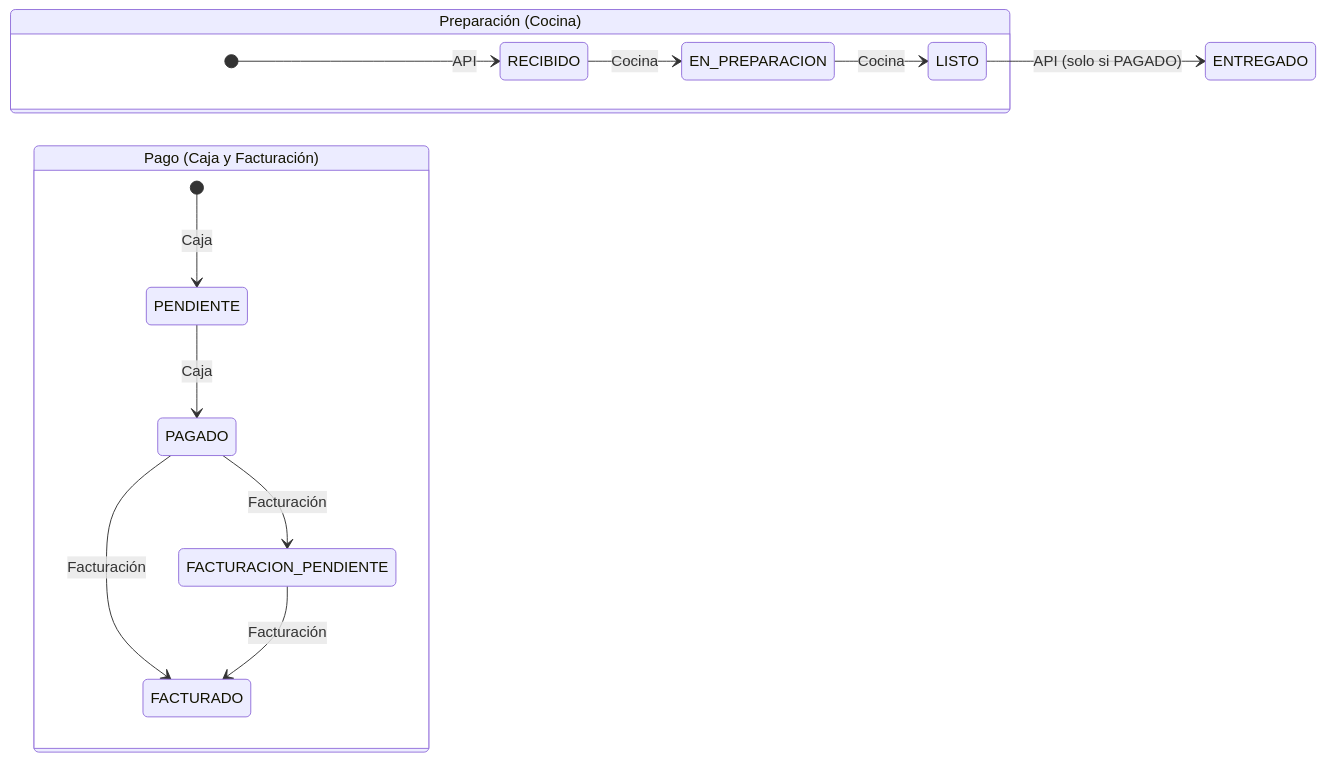
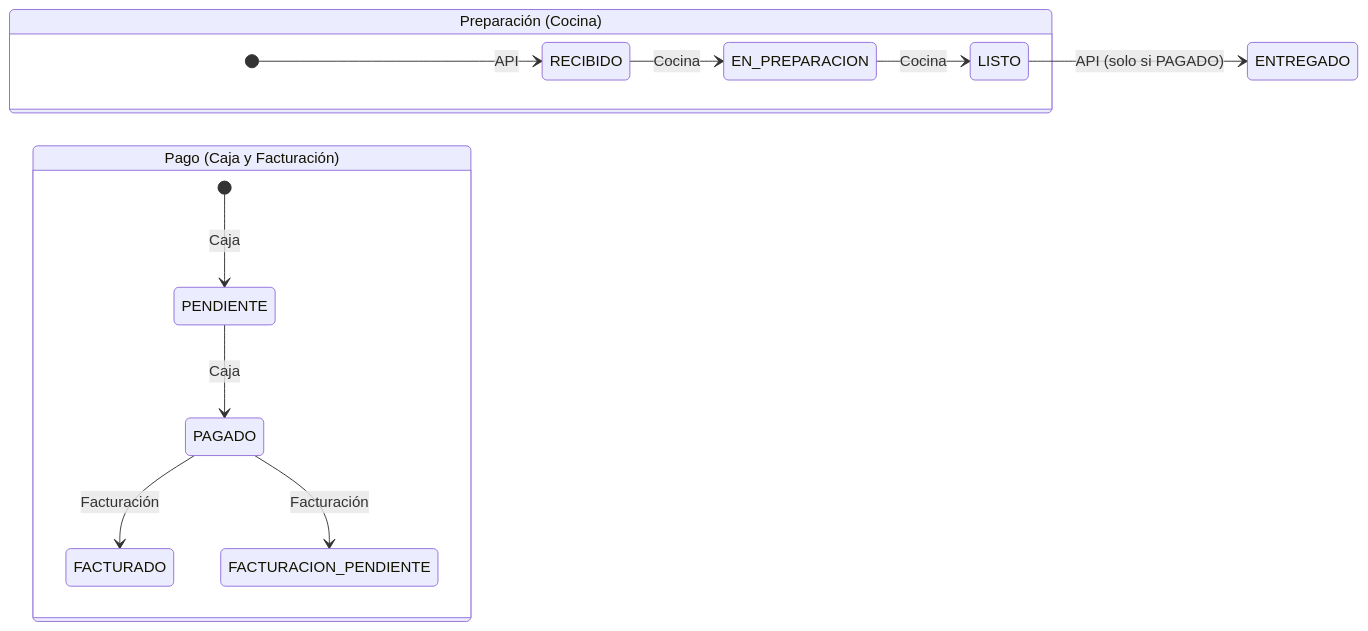
The third of 3 diagrams in docs/arquitectura/mapa-microservicios.md (DavidLarriva/Mecanismo-comunicacion-P02), drawn with Mermaid before and after one commit. The commit also changed other lines of this file and 2 other files, not shown here.

Commit message:
ccontrato v1.3, mapa y README con el flujo de facturación

````diff
--- a/docs/arquitectura/mapa-microservicios.md
+++ b/docs/arquitectura/mapa-microservicios.md
@@ -132,17 +133,16 @@
 ```mermaid
 stateDiagram-v2
     direction LR
     state "Preparación (Cocina)" as prep {
         [*] --> RECIBIDO: API
         RECIBIDO --> EN_PREPARACION: Cocina
         EN_PREPARACION --> LISTO: Cocina
     }
     state "Pago (Caja y Facturación)" as pago {
         [*] --> PENDIENTE: Caja
         PENDIENTE --> PAGADO: Caja
         PAGADO --> FACTURADO: Facturación
         PAGADO --> FACTURACION_PENDIENTE: Facturación
-        FACTURACION_PENDIENTE --> FACTURADO: Facturación
     }
     LISTO --> ENTREGADO: API (solo si PAGADO)
 ```
````
